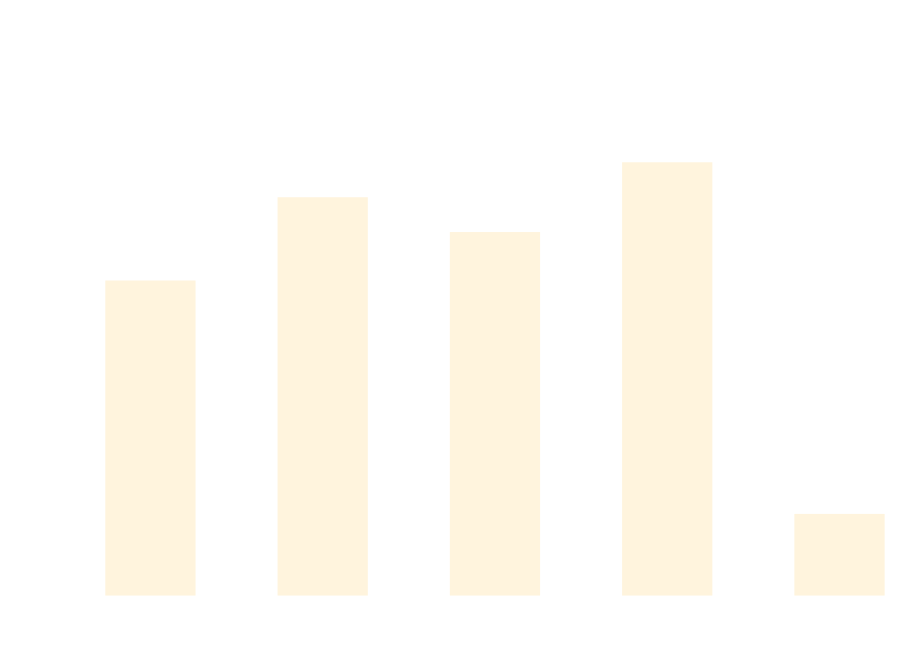
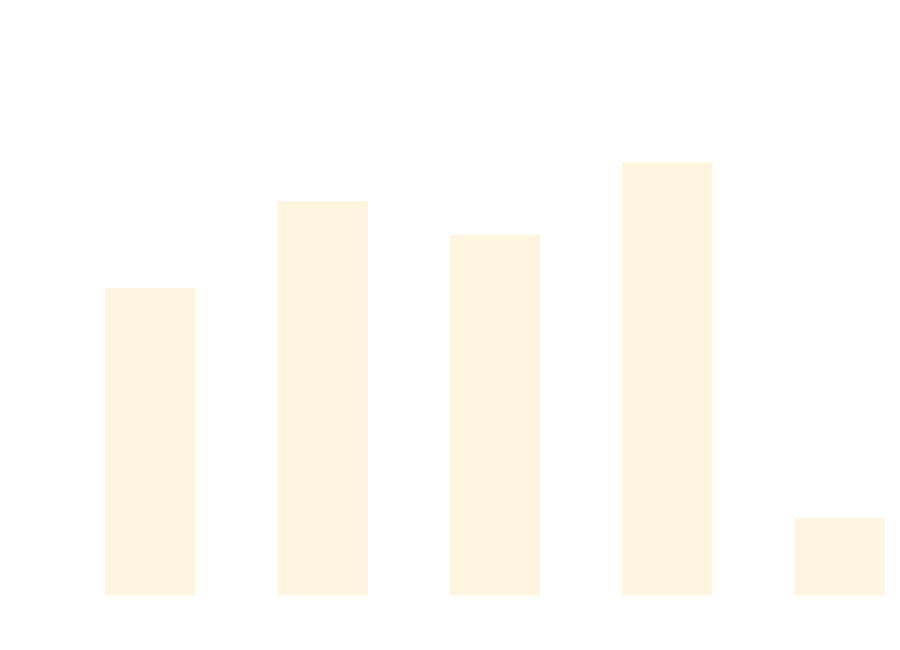
The diagram in docs/docs/benchmarks/AsyncTests.md (weiyilai/TUnit), drawn with Mermaid before and after one commit. The commit also changed other lines of this file and 17 other files, not shown here.

````diff
--- a/docs/docs/benchmarks/AsyncTests.md
+++ b/docs/docs/benchmarks/AsyncTests.md
@@ -27,37 +27,37 @@
 ```mermaid
 %%{init: {
   'theme':'base',
   'themeVariables': {
     'primaryColor': '#2563eb',
     'primaryTextColor': '#ffffff',
     'primaryBorderColor': '#1e40af',
     'lineColor': '#6b7280',
     'secondaryColor': '#7c3aed',
     'tertiaryColor': '#dc2626',
     'background': '#ffffff',
     'mainBkg': '#2563eb',
     'secondBkg': '#7c3aed',
     'tertiaryBkg': '#dc2626',
     'clusterBkg': '#f3f4f6',
     'edgeLabelBackground': '#ffffff',
     'tertiaryTextColor': '#1f2937',
     'pie1': '#2563eb',
     'pie2': '#7c3aed',
     'pie3': '#dc2626',
     'pie4': '#f59e0b',
     'pie5': '#10b981',
     'pie6': '#06b6d4',
     'pie7': '#ec4899',
     'pie8': '#6366f1',
     'pie9': '#84cc16',
     'pie10': '#f97316',
     'pie11': '#14b8a6',
     'pie12': '#a855f7'
   }
 }}%%
 xychart-beta
   title "AsyncTests Performance Comparison"
   x-axis ["TUnit", "NUnit", "MSTest", "xUnit3", "TUnit_AOT"]
-  y-axis "Time (ms)" 0 --> 864
-  bar [518.4, 659.8, 600.7, 719.2, 122]
+  y-axis "Time (ms)" 0 --> 926
+  bar [541.5, 699.7, 638.3, 770.9, 123.3]
 ```
````
